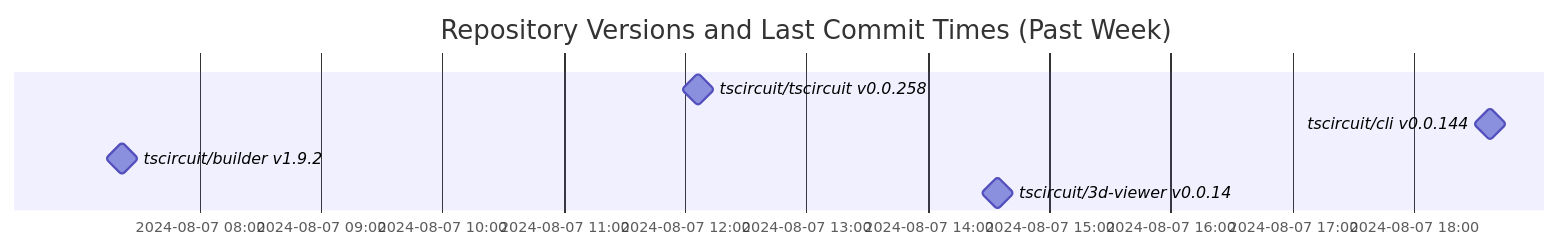
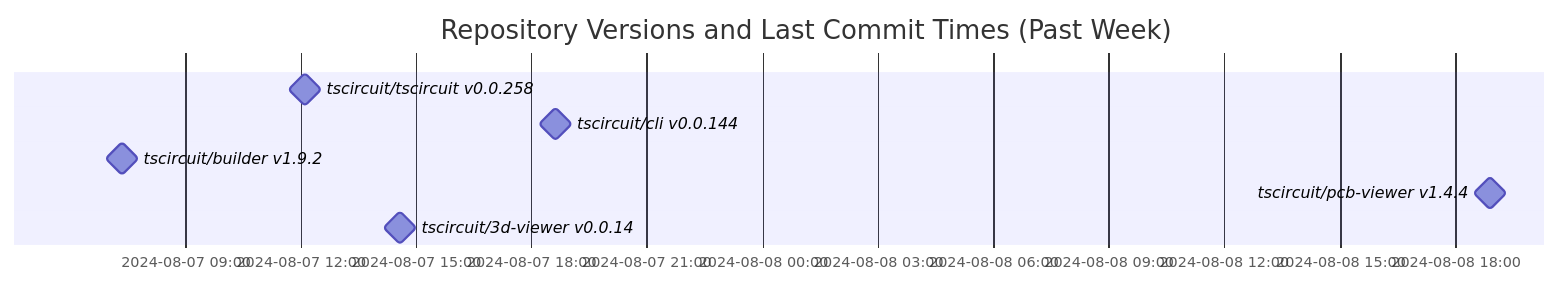
Before and after one commit to tscircuit/version-tracker: the diagram in README.md, drawn with Mermaid.

Commit message:
Update chart

````diff
--- a/README.md
+++ b/README.md
@@ -1,11 +1,12 @@
 ```mermaid
 gantt
   dateFormat  YYYY-MM-DD HH:mm:ss
   title Repository Versions and Last Commit Times (Past Week)
   axisFormat %Y-%m-%d %H:%M
 
   tscircuit/tscircuit v0.0.258 : milestone, 2024-08-07 12:06:34, 1s
   tscircuit/cli v0.0.144 : milestone, 2024-08-07 18:37:38, 1s
   tscircuit/builder v1.9.2 : milestone, 2024-08-07 07:21:49, 1s
+  tscircuit/pcb-viewer v1.4.4 : milestone, 2024-08-08 18:54:35, 1s
   tscircuit/3d-viewer v0.0.14 : milestone, 2024-08-07 14:34:01, 1s
 ```
````
